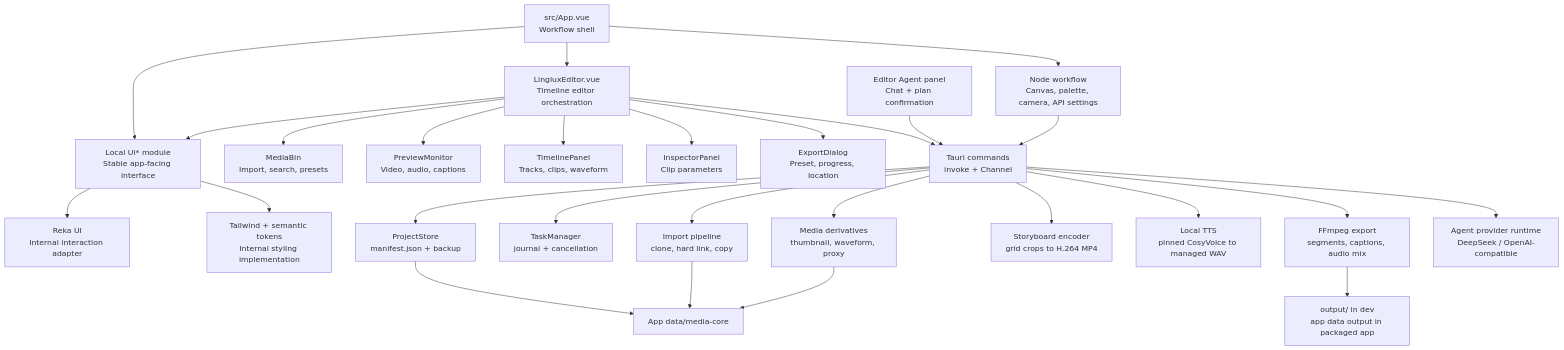
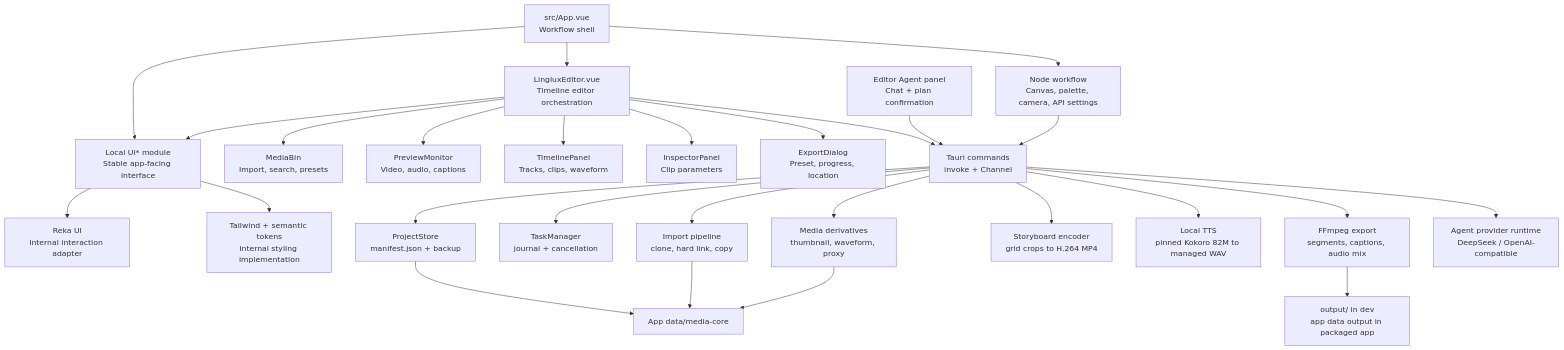
Before and after one commit to wrx012/linglux: the diagram in DESIGN.md, drawn with Mermaid. The commit also changed other lines of this file and 28 other files, not shown here.

First line of the commit message:
feat(tts): manage reusable character voice profiles

````diff
--- a/DESIGN.md
+++ b/DESIGN.md
@@ -102,34 +102,34 @@
 ```mermaid
 flowchart TD
   App["src/App.vue\nWorkflow shell"] --> Workflow["Node workflow\nCanvas, palette, camera, API settings"]
   App --> Editor["LingluxEditor.vue\nTimeline editor orchestration"]
   App --> UI["Local Ui* module\nStable app-facing interface"]
 
   Editor --> Bin["MediaBin\nImport, search, presets"]
   Editor --> Preview["PreviewMonitor\nVideo, audio, captions"]
   Editor --> Timeline["TimelinePanel\nTracks, clips, waveform"]
   Editor --> Inspector["InspectorPanel\nClip parameters"]
   Editor --> ExportDialog["ExportDialog\nPreset, progress, location"]
   Editor --> UI
 
   UI --> Reka["Reka UI\nInternal interaction adapter"]
   UI --> Tokens["Tailwind + semantic tokens\nInternal styling implementation"]
 
   Editor --> Tauri["Tauri commands\ninvoke + Channel<TaskEvent>"]
   Agent["Editor Agent panel\nChat + plan confirmation"] --> Tauri
   Workflow --> Tauri
 
   Tauri --> Store["ProjectStore\nmanifest.json + backup"]
   Tauri --> Tasks["TaskManager\njournal + cancellation"]
   Tauri --> Import["Import pipeline\nclone, hard link, copy"]
   Tauri --> Derivatives["Media derivatives\nthumbnail, waveform, proxy"]
   Tauri --> Storyboard["Storyboard encoder\ngrid crops to H.264 MP4"]
-  Tauri --> TTS["Local TTS\npinned CosyVoice to managed WAV"]
+  Tauri --> TTS["Local TTS\npinned Kokoro 82M to managed WAV"]
   Tauri --> Export["FFmpeg export\nsegments, captions, audio mix"]
   Tauri --> Provider["Agent provider runtime\nDeepSeek / OpenAI-compatible"]
 
   Store --> AppData["App data/media-core"]
   Import --> AppData
   Derivatives --> AppData
   Export --> DevOutput["output/ in dev\napp data output in packaged app"]
 ```
````
